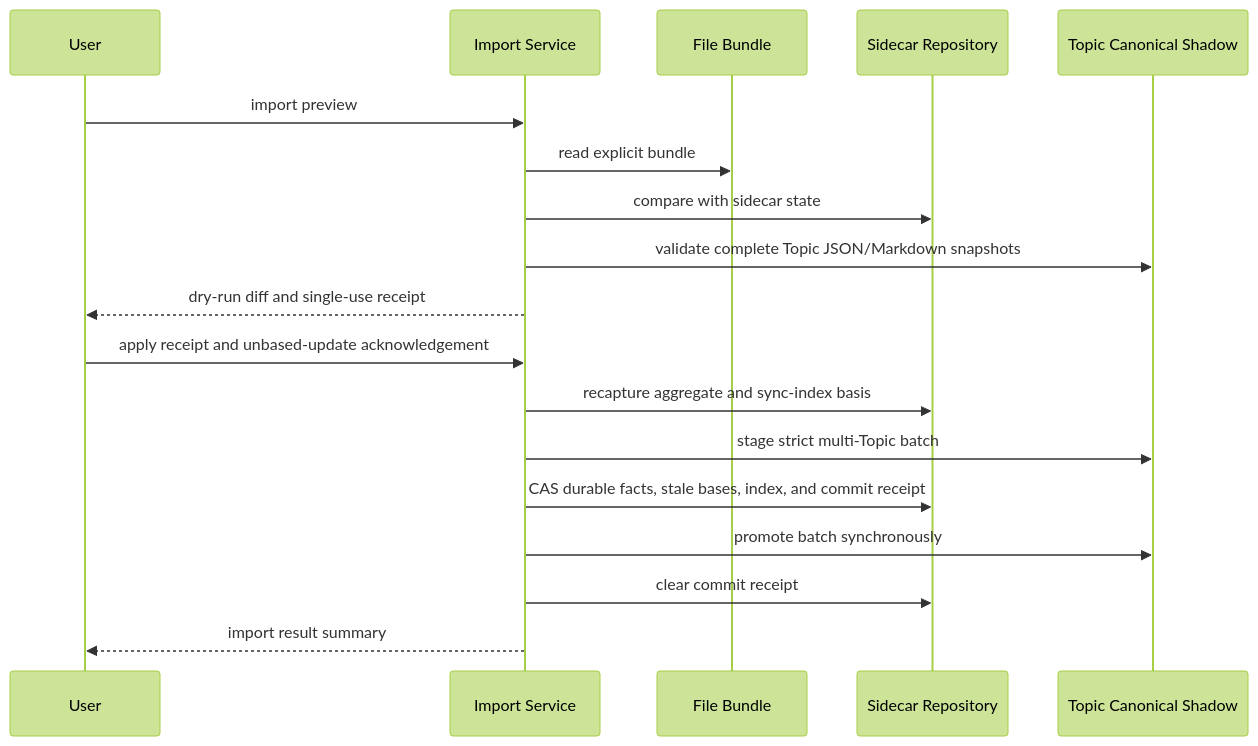
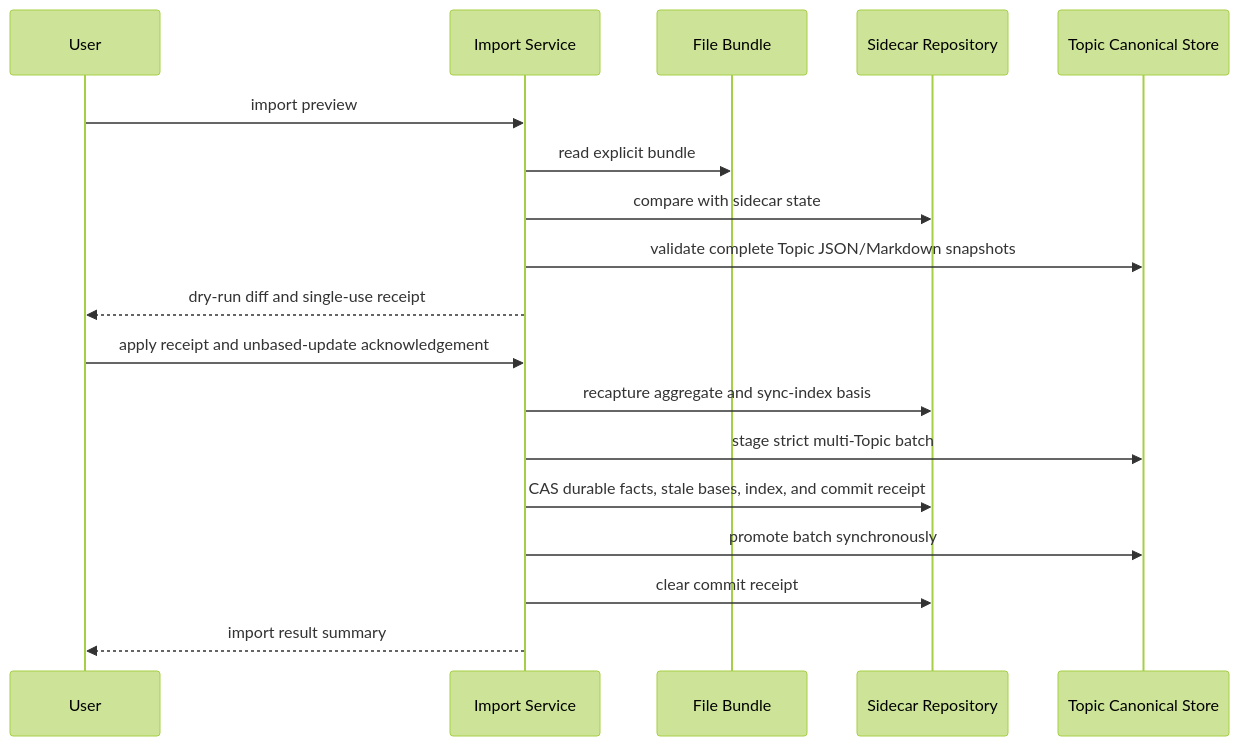
Diagram 11 of 11 in doc/synthesis-layer/sequences.md (leike0813/zotero-agents), drawn with Mermaid (forest theme) before and after one commit. The commit also changed other lines of this file and 15 other files, not shown here.

````diff
--- a/doc/synthesis-layer/sequences.md
+++ b/doc/synthesis-layer/sequences.md
@@ -344,21 +342,21 @@
 ```mermaid
 sequenceDiagram
   participant U as User
   participant I as Import Service
   participant B as File Bundle
   participant S as Sidecar Repository
-  participant C as Topic Canonical Shadow
+  participant C as Topic Canonical Store
 
   U->>I: import preview
   I->>B: read explicit bundle
   I->>S: compare with sidecar state
   I->>C: validate complete Topic JSON/Markdown snapshots
   I-->>U: dry-run diff and single-use receipt
   U->>I: apply receipt and unbased-update acknowledgement
   I->>S: recapture aggregate and sync-index basis
   I->>C: stage strict multi-Topic batch
   I->>S: CAS durable facts, stale bases, index, and commit receipt
   I->>C: promote batch synchronously
   I->>S: clear commit receipt
   I-->>U: import result summary
 ```
````
